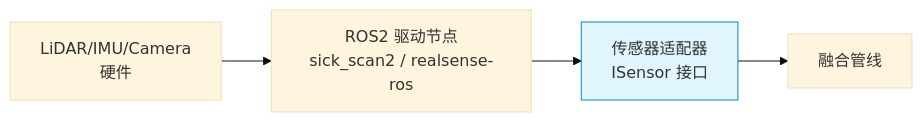
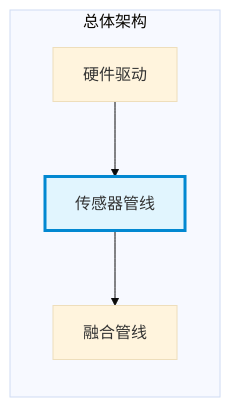
Before and after one commit to guang-lee-cn/ros2_robot_middleware: the first of 3 diagrams in doc/subsystems/sensor-pipeline.md, drawn with Mermaid (base theme). The commit also changed other lines of this file and 7 other files, not shown here.

````diff
--- a/doc/subsystems/sensor-pipeline.md
+++ b/doc/subsystems/sensor-pipeline.md
@@ -5,8 +5,10 @@
 ```mermaid
 flowchart LR
-    HW[LiDAR/IMU/Camera<br/>硬件] --> DRIVER[ROS2 驱动节点<br/>sick_scan2 / realsense-ros]
-    DRIVER --> ADAPTER[传感器适配器<br/>ISensor 接口]
-    ADAPTER --> FUSION[融合管线]
-    
-    style ADAPTER fill:#e1f5fe,stroke:#0288d1
+    subgraph arch["总体架构"]
+        HW["硬件驱动"]
+        S[传感器管线]
+        F["融合管线"]
+    end
+    HW --> S --> F
+    style S fill:#e1f5fe,stroke:#0288d1,stroke-width:3px
 ```
````
